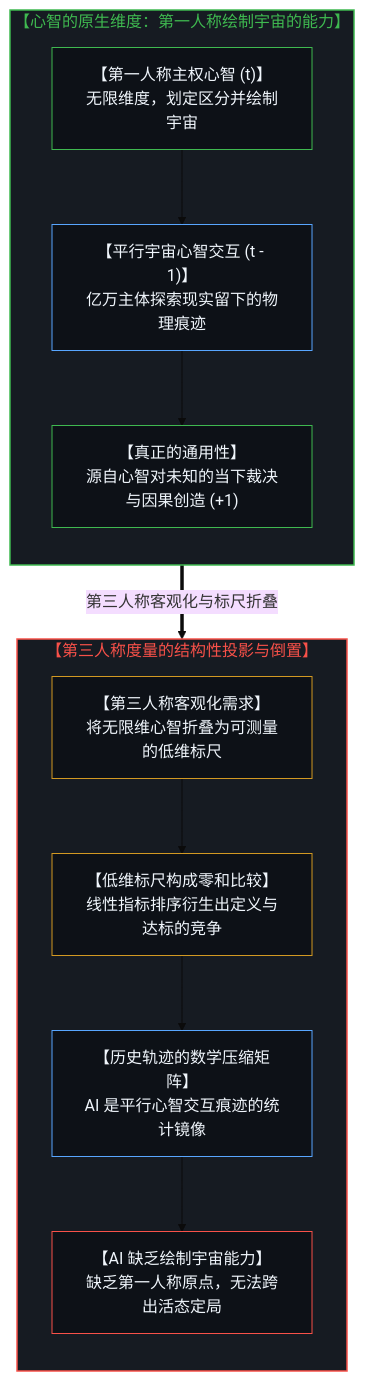
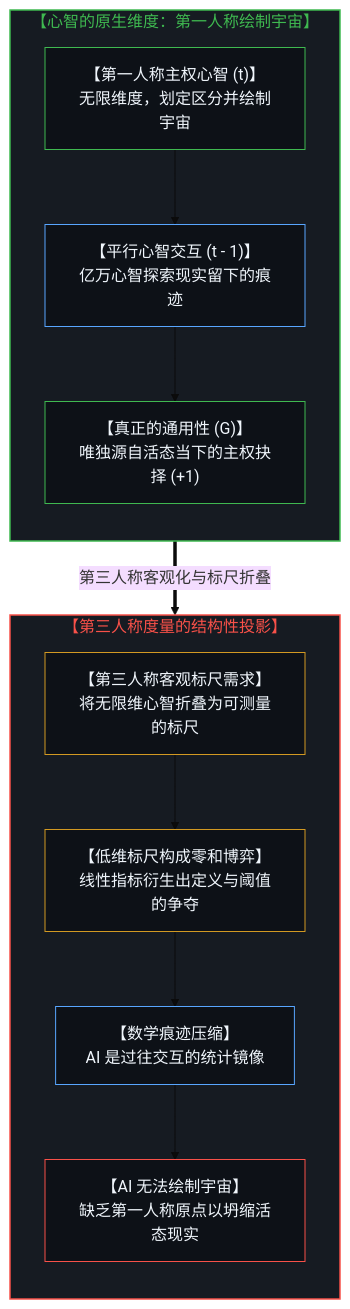
Diagram 13 of 16 in content/posts/the-dissolution-of-the-great-reversal.md (powerpig99/not-a-toe), drawn with Mermaid (base theme) before and after one commit. The commit also changed other lines of this file and 3 other files, not shown here.

````diff
--- a/content/posts/the-dissolution-of-the-great-reversal.md
+++ b/content/posts/the-dissolution-of-the-great-reversal.md
@@ -517,34 +481,31 @@
 ```mermaid
 flowchart TD
-    subgraph S_Cosmic["【心智的原生维度：第一人称绘制宇宙的能力】"]
+    subgraph S_Cosmic["【心智的原生维度：第一人称绘制宇宙】"]
         direction TB
         SovereignObserver["【第一人称主权心智 (t)】<br/>无限维度，划定区分并绘制宇宙"]
-        ParallelMindInteractions["【平行宇宙心智交互 (t - 1)】<br/>亿万主体探索现实留下的物理痕迹"]
-        TrueGeneralWisdom["【真正的通用性】<br/>源自心智对未知的当下裁决与因果创造 (+1)"]
+        ParallelMindInteractions["【平行心智交互 (t - 1)】<br/>亿万心智探索现实留下的痕迹"]
+        TrueGeneralWisdom["【真正的通用性 (G)】<br/>唯独源自活态当下的主权抉择 (+1)"]
         SovereignObserver --> ParallelMindInteractions
         ParallelMindInteractions --> TrueGeneralWisdom
     end
-
     S_Cosmic ==>|"第三人称客观化与标尺折叠"| S_AGIMirror
-
-    subgraph S_AGIMirror["【第三人称度量的结构性投影与倒置】"]
+    subgraph S_AGIMirror["【第三人称度量的结构性投影】"]
         direction TB
-        MetricProjection["【第三人称客观化需求】<br/>将无限维心智折叠为可测量的低维标尺"]
-        ZeroSumStructure["【低维标尺构成零和比较】<br/>线性指标排序衍生出定义与达标的竞争"]
-        ModelCompression["【历史轨迹的数学压缩矩阵】<br/>AI 是平行心智交互痕迹的统计镜像"]
-        NoUniversePainting["【AI 缺乏绘制宇宙能力】<br/>缺乏第一人称原点，无法跨出活态定局"]
+        MetricProjection["【第三人称客观标尺需求】<br/>将无限维心智折叠为可测量的标尺"]
+        ZeroSumStructure["【低维标尺构成零和博弈】<br/>线性指标衍生出定义与阈值的争夺"]
+        ModelCompression["【数学痕迹压缩】<br/>AI 是过往交互的统计镜像"]
+        NoUniversePainting["【AI 无法绘制宇宙】<br/>缺乏第一人称原点以坍缩活态现实"]
         MetricProjection --> ZeroSumStructure
         ZeroSumStructure --> ModelCompression
         ModelCompression --> NoUniversePainting
     end
-
     style S_Cosmic fill:#161b22,stroke:#3fb950,stroke-width:1.5px,color:#3fb950
     style S_AGIMirror fill:#161b22,stroke:#f85149,stroke-width:1.5px,color:#f85149
     style SovereignObserver fill:#0d1117,stroke:#3fb950,stroke-width:1px,color:#f0f6fc
     style ParallelMindInteractions fill:#0d1117,stroke:#58a6ff,stroke-width:1px,color:#f0f6fc
     style TrueGeneralWisdom fill:#0d1117,stroke:#3fb950,stroke-width:1px,color:#f0f6fc
     style MetricProjection fill:#0d1117,stroke:#d29922,stroke-width:1px,color:#f0f6fc
     style ZeroSumStructure fill:#0d1117,stroke:#d29922,stroke-width:1px,color:#f0f6fc
     style ModelCompression fill:#0d1117,stroke:#58a6ff,stroke-width:1px,color:#f0f6fc
     style NoUniversePainting fill:#0d1117,stroke:#f85149,stroke-width:1px,color:#f0f6fc
 ```
````
